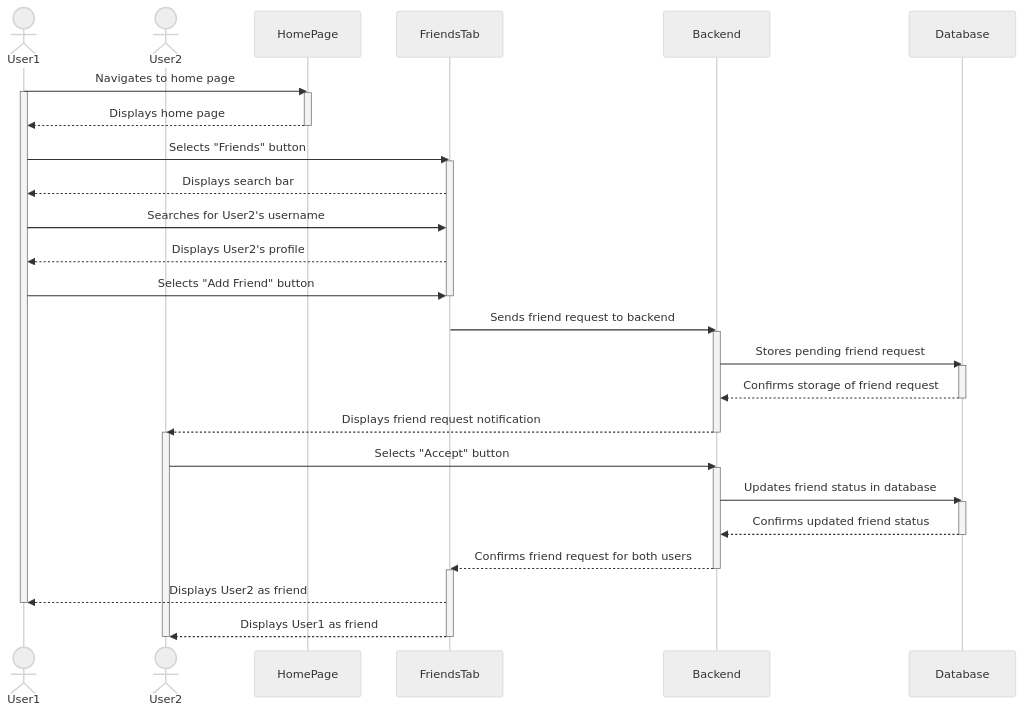
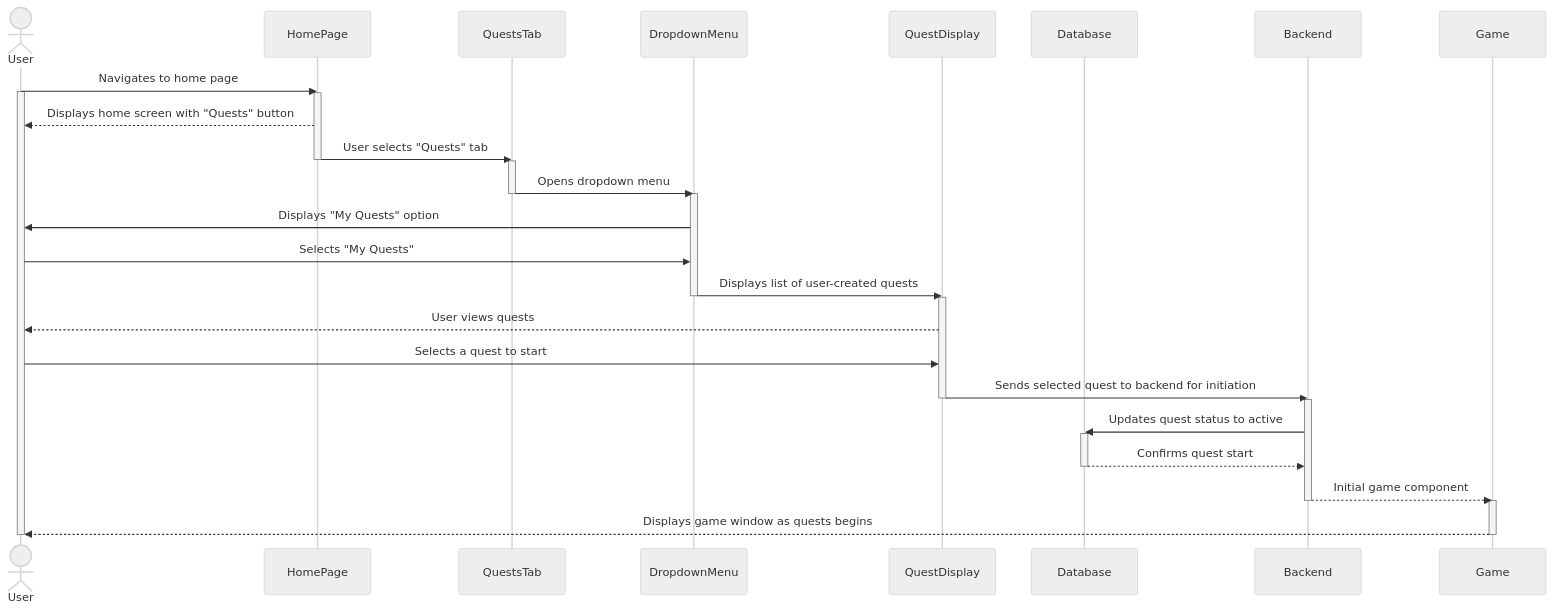
Before and after one commit to capstone-projects-2024-fall/devs-and-dragons: the fifth of 9 diagrams in documentation/docs/system-architecture/sequence-diagrams.md, drawn with Mermaid (neutral theme). The commit also changed other lines of this file and 1 other file, not shown here.

Commit message:
- Revert to original sequence diagrams - update use case steps for use case 9

````diff
--- a/documentation/docs/system-architecture/sequence-diagrams.md
+++ b/documentation/docs/system-architecture/sequence-diagrams.md
@@ -221,46 +221,42 @@
 ```mermaid
 sequenceDiagram
-    actor User1
-    actor User2
+    actor User
     participant HomePage
-    participant FriendsTab
+    participant QuestsTab
+    participant DropdownMenu
+    participant QuestDisplay
+    participant Database
     participant Backend
-    participant Database
-  
-    User1->>HomePage: Navigates to home page
-    activate User1
+    participant Game
+    User->>HomePage: Navigates to home page
+    activate User
     activate HomePage
-    HomePage-->>User1: Displays home page
+    HomePage-->>User: Displays home screen with "Quests" button
+    HomePage->>QuestsTab: User selects "Quests" tab
     deactivate HomePage
     
-    User1->>FriendsTab: Selects "Friends" button
-    activate FriendsTab
-    FriendsTab-->>User1: Displays search bar
-    User1->>FriendsTab: Searches for User2's username
-    FriendsTab-->>User1: Displays User2's profile
-    User1->>FriendsTab: Selects "Add Friend" button
-    deactivate FriendsTab
-    FriendsTab->>Backend: Sends friend request to backend
+    activate QuestsTab
+    QuestsTab->>DropdownMenu: Opens dropdown menu
+    activate DropdownMenu
+    deactivate QuestsTab
+    DropdownMenu->>User: Displays "My Quests" option
+    User->>DropdownMenu: Selects "My Quests"
+    DropdownMenu->>QuestDisplay: Displays list of user-created quests
+    deactivate DropdownMenu
+    activate QuestDisplay
+    QuestDisplay-->>User: User views quests
+    User->>QuestDisplay: Selects a quest to start
+    QuestDisplay->>Backend: Sends selected quest to backend for initiation
+    deactivate QuestDisplay
     activate Backend
-    Backend->>Database: Stores pending friend request
+    Backend->>Database: Updates quest status to active
     activate Database
-    Database-->>Backend: Confirms storage of friend request
+    Database-->>Backend: Confirms quest start
     deactivate Database
-    Backend-->>User2: Displays friend request notification
-    activate User2
+    Backend-->>Game: Initial game component
+    activate Game
     deactivate Backend
-    User2->>Backend: Selects "Accept" button
-    activate Backend
-    Backend->>Database: Updates friend status in database
-    activate Database
-    Database-->>Backend: Confirms updated friend status
-    deactivate Database
-    Backend-->>FriendsTab: Confirms friend request for both users
-    deactivate Backend
-    activate FriendsTab
-    FriendsTab-->>User1: Displays User2 as friend
-    deactivate User1
-    FriendsTab-->>User2: Displays User1 as friend
-    deactivate User2
-    deactivate FriendsTab
+    Game-->>User: Displays game window as quests begins
+    deactivate User
+    deactivate Game
 ```
````
